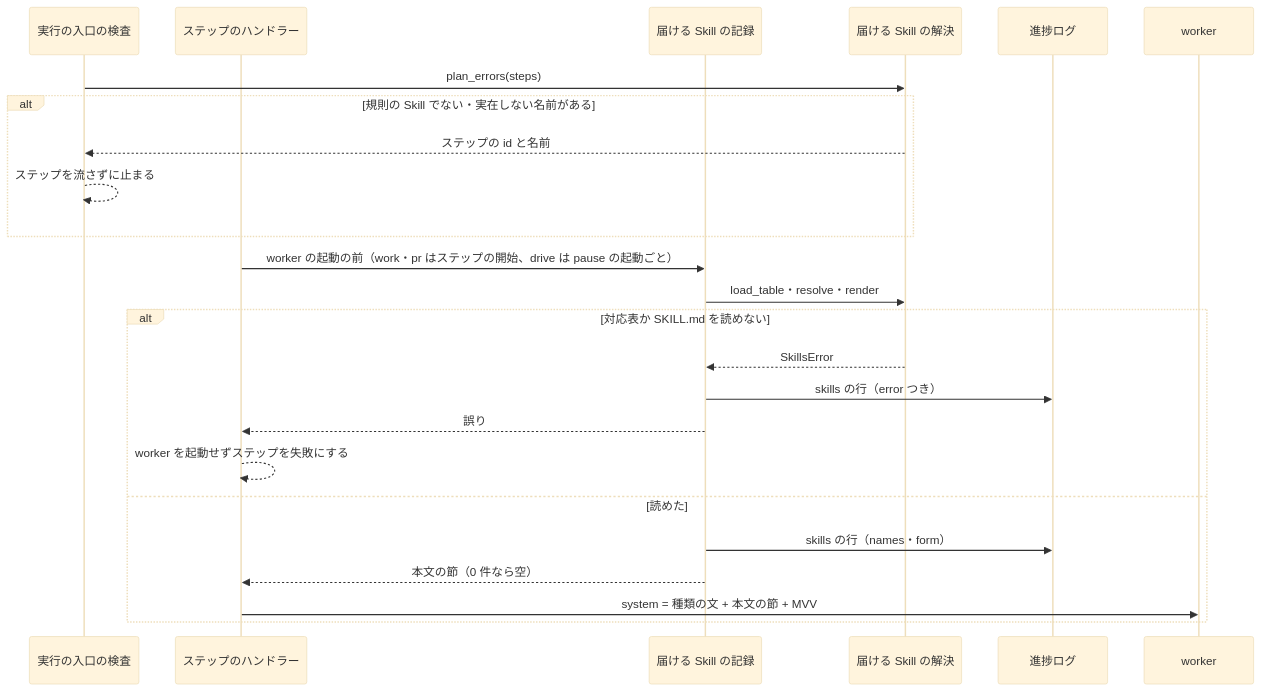
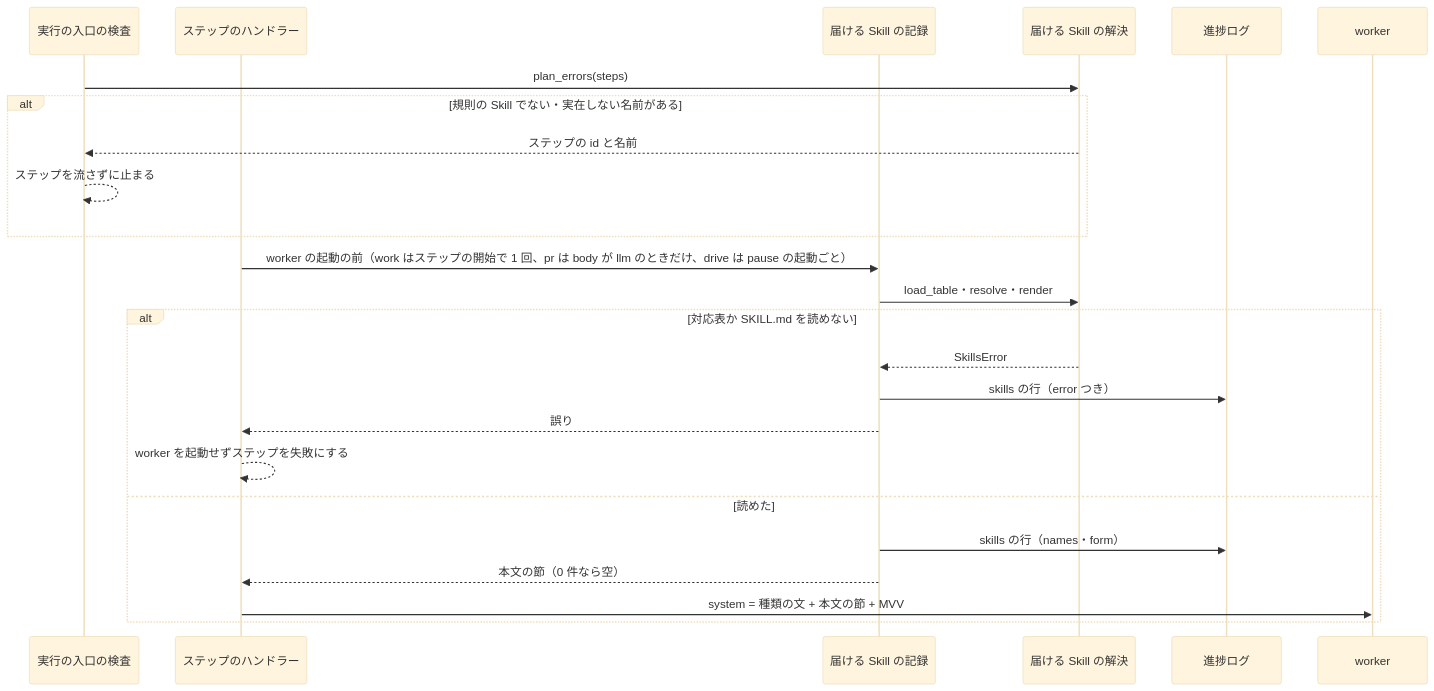
One commit to devbasex/ai-plugins changed the fourth of 4 diagrams in issues/issue-2376-design.md. Above: the diagram before and after it, drawn with Mermaid (base theme). The commit also changed other lines of this file, not shown here.

Commit message:
docs(#2376): work の起こし直しと pr の起動しない経路で Skill の解決・記録の単位を定める

````diff
--- a/issues/issue-2376-design.md
+++ b/issues/issue-2376-design.md
@@ -322,26 +322,26 @@
 ```mermaid
 sequenceDiagram
     participant E as 実行の入口の検査
     participant H as ステップのハンドラー
     participant D as 届ける Skill の記録
     participant R as 届ける Skill の解決
     participant L as 進捗ログ
     participant W as worker
     E->>R: plan_errors(steps)
     alt 規則の Skill でない・実在しない名前がある
         R-->>E: ステップの id と名前
         E-->>E: ステップを流さずに止まる
     end
-    H->>D: worker の起動の前（work・pr はステップの開始、drive は pause の起動ごと）
+    H->>D: worker の起動の前（work はステップの開始で 1 回、pr は body が llm のときだけ、drive は pause の起動ごと）
     D->>R: load_table・resolve・render
     alt 対応表か SKILL.md を読めない
         R-->>D: SkillsError
         D->>L: skills の行（error つき）
         D-->>H: 誤り
         H-->>H: worker を起動せずステップを失敗にする
     else 読めた
         D->>L: skills の行（names・form）
         D-->>H: 本文の節（0 件なら空）
         H->>W: system = 種類の文 + 本文の節 + MVV
     end
 ```
````
